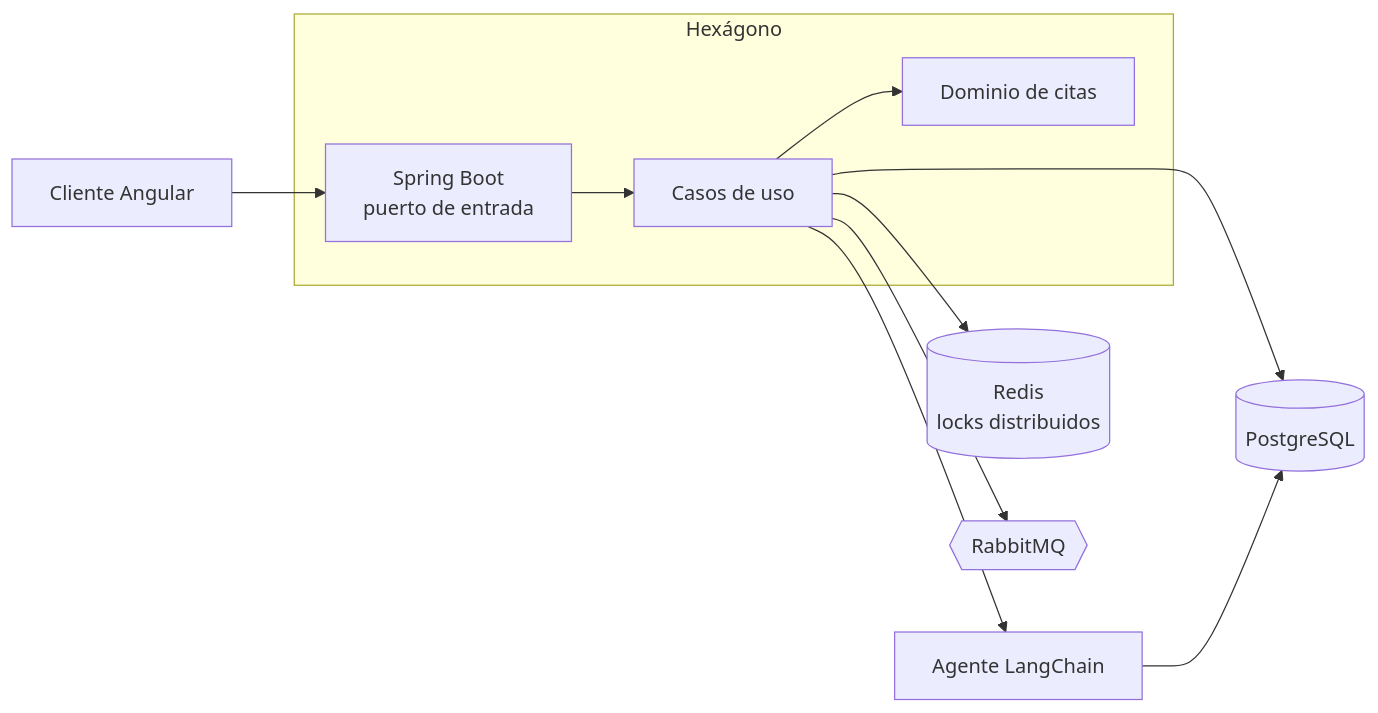
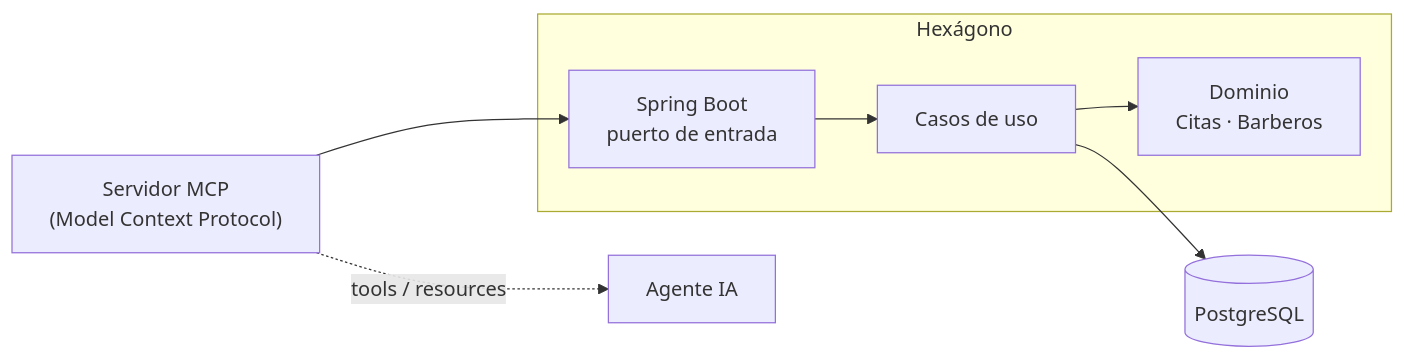
Before and after one commit to eduballesteros/eduballesteros: the second of 2 diagrams in README.md, drawn with Mermaid.

Commit message:
Revise flowchart in README for clarity
Updated flowchart to reflect changes in the architecture and terminology.

````diff
--- a/README.md
+++ b/README.md
@@ -73,13 +73,10 @@
 ```mermaid
 flowchart LR
-    C["Cliente Angular"] --> API["Spring Boot<br/>puerto de entrada"]
+    MCP["Servidor MCP<br/>(Model Context Protocol)"] --> API["Spring Boot<br/>puerto de entrada"]
     subgraph HEX["Hexágono"]
         API --> UC["Casos de uso"]
-        UC --> DOM["Dominio de citas"]
+        UC --> DOM["Dominio<br/>Citas · Barberos"]
     end
-    UC --> R[("Redis<br/>locks distribuidos")]
-    UC --> Q{{"RabbitMQ"}}
     UC --> DB[("PostgreSQL")]
-    UC --> AG["Agente LangChain"]
-    AG --> DB
+    MCP -.->|"tools / resources"| AI["Agente IA"]
 ```
````
